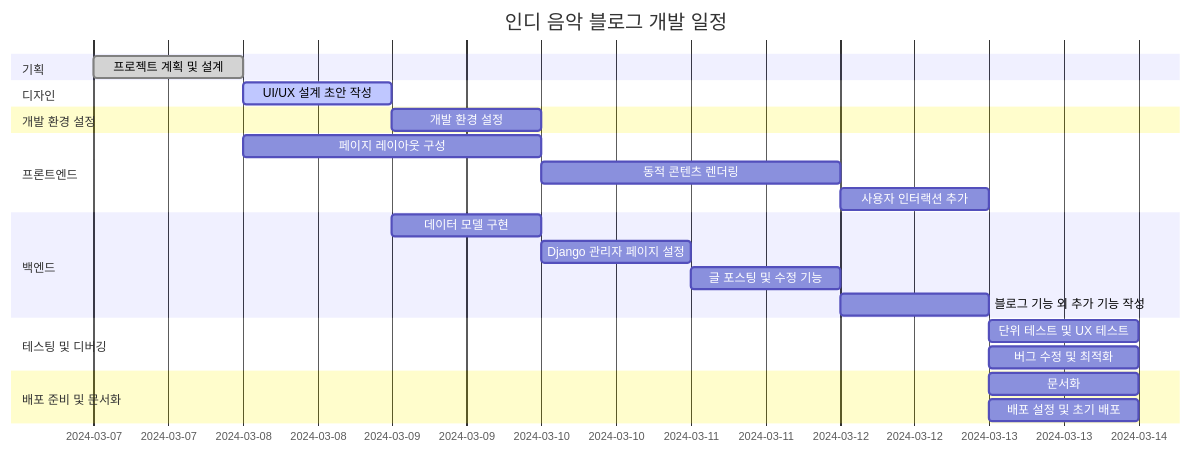
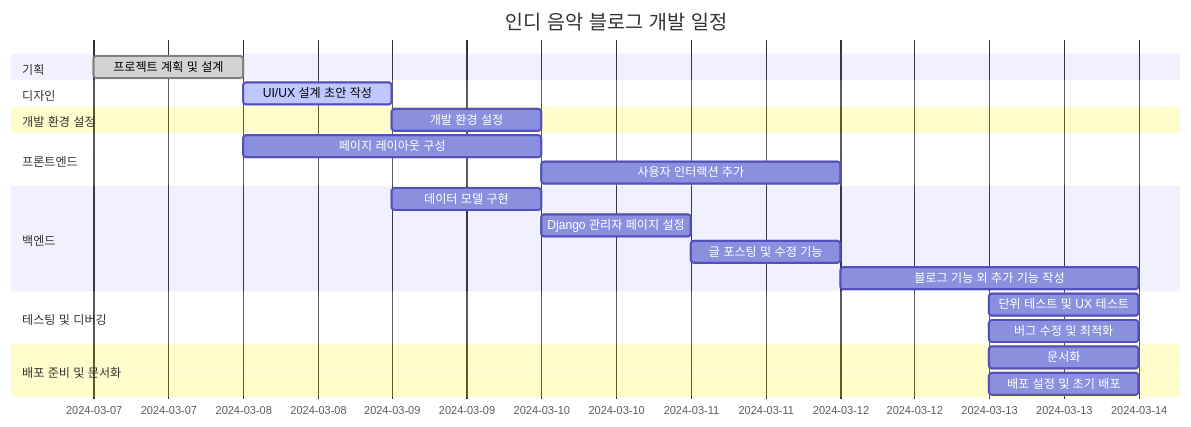
The second of 7 diagrams in README.md (daisybum/django-website), drawn with Mermaid before and after one commit. The commit also changed other lines of this file, not shown here.

````diff
--- a/README.md
+++ b/README.md
@@ -305,26 +245,25 @@
 ```mermaid
 gantt
     title 인디 음악 블로그 개발 일정
     dateFormat  YYYY-MM-DD
     section 기획
     프로젝트 계획 및 설계    :done,    des1, 2024-03-07,1d
     section 디자인
     UI/UX 설계 초안 작성     :active,  des2, 2024-03-08,1d
     section 개발 환경 설정
     개발 환경 설정          :         dev1, 2024-03-09,1d
     section 프론트엔드
     페이지 레이아웃 구성    :         fe1, 2024-03-08,2d
-    동적 콘텐츠 렌더링      :         fe2, 2024-03-10,2d
-    사용자 인터랙션 추가    :         fe3, 2024-03-12,1d
+    사용자 인터랙션 추가    :         fe3, 2024-03-10,2d
     section 백엔드
     데이터 모델 구현        :         be1, 2024-03-09,1d
     Django 관리자 페이지 설정 :       be2, 2024-03-10,1d
     글 포스팅 및 수정 기능  :      be3, 2024-03-11,1d
-    블로그 기능 외 추가 기능 작성: be4, 2024-03-12,1d
+    블로그 기능 외 추가 기능 작성: be4, 2024-03-12,2d
     section 테스팅 및 디버깅
     단위 테스트 및 UX 테스트 :        test1, 2024-03-13,1d
     버그 수정 및 최적화     :         test2, 2024-03-13,1d
     section 배포 준비 및 문서화
     문서화                  :         doc1, 2024-03-13,1d
     배포 설정 및 초기 배포  :         deploy1, 2024-03-13,1d
 ```
````
